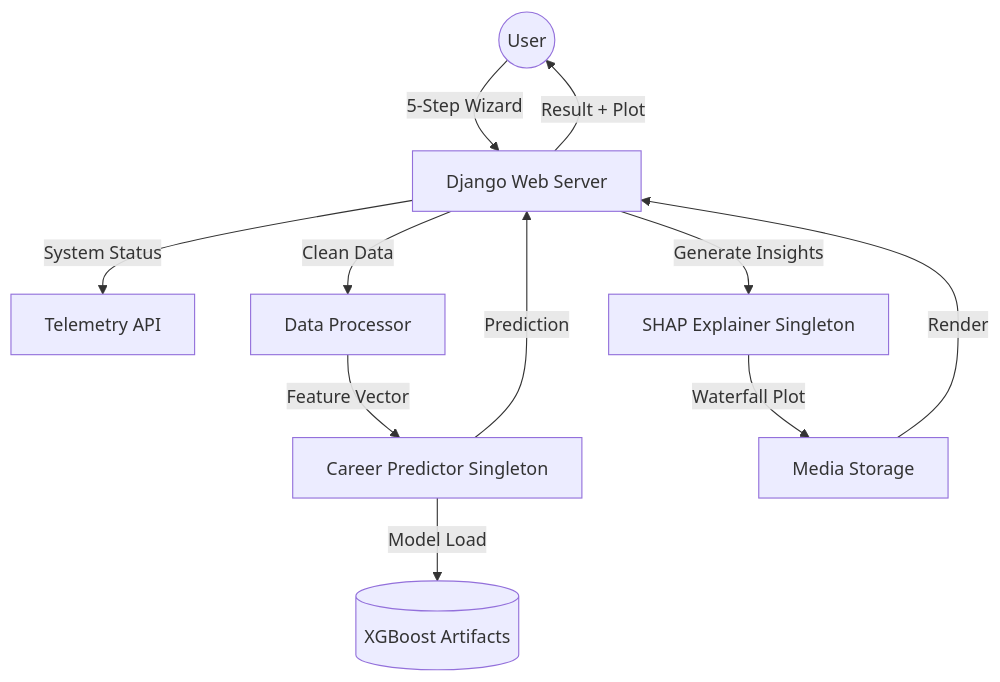
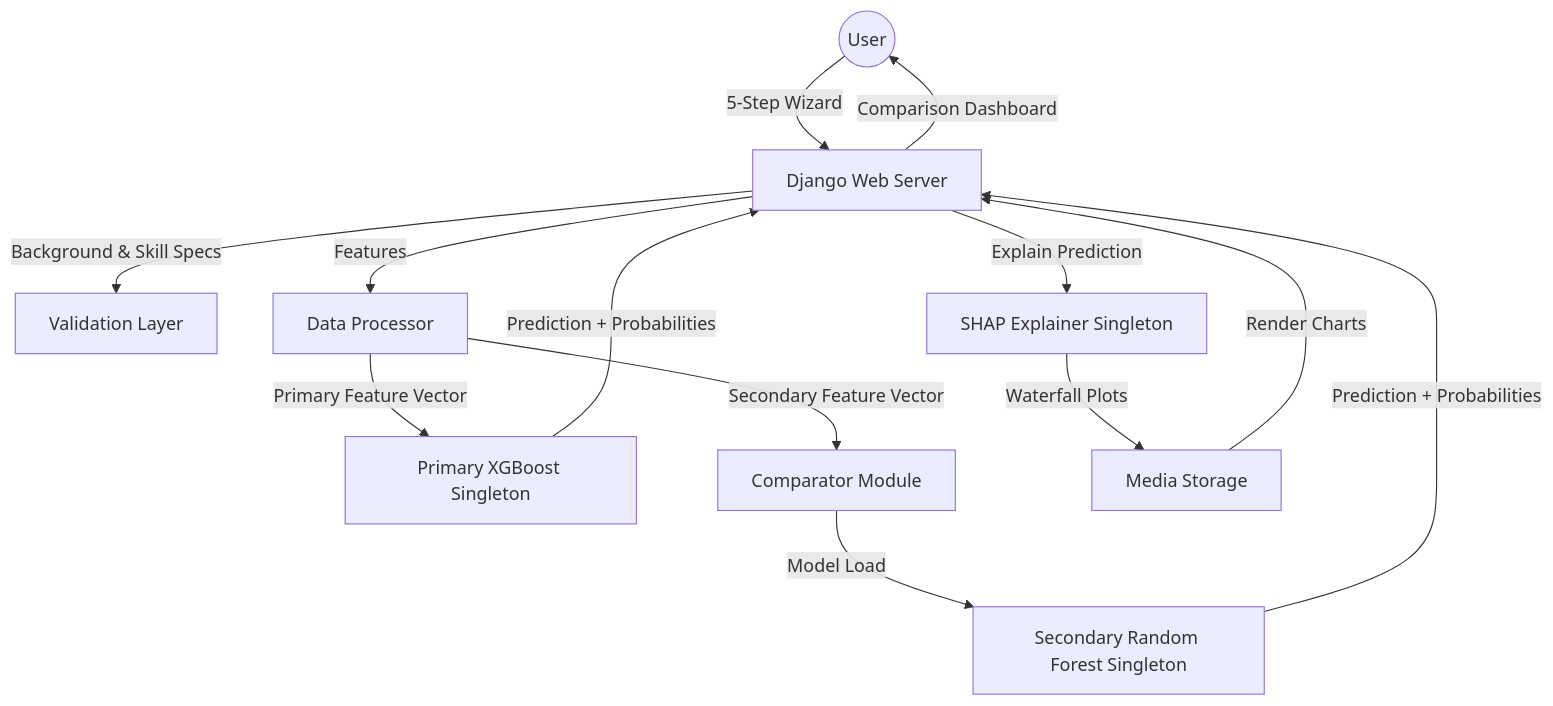
Before and after one commit to beingmushfiq/SHAP-Driven-Career-Predictor: the diagram in README.md, drawn with Mermaid. The commit also changed other lines of this file, not shown here.

Commit message:
docs: update README with dual-model architecture, Optuna integration, and enhanced system features

````diff
--- a/README.md
+++ b/README.md
@@ -44,13 +52,15 @@
 ```mermaid
 graph TD
     User((User)) -->|5-Step Wizard| Django[Django Web Server]
-    Django -->|System Status| Telemetry[Telemetry API]
-    Django -->|Clean Data| Processor[Data Processor]
-    Processor -->|Feature Vector| Predictor[Career Predictor Singleton]
-    Predictor -->|Model Load| Models[(XGBoost Artifacts)]
-    Predictor -->|Prediction| Django
-    Django -->|Generate Insights| Explainer[SHAP Explainer Singleton]
-    Explainer -->|Waterfall Plot| Plots[Media Storage]
-    Plots -->|Render| Django
-    Django -->|Result + Plot| User
+    Django -->|Background & Skill Specs| Val[Validation Layer]
+    Django -->|Features| Processor[Data Processor]
+    Processor -->|Primary Feature Vector| Predictor[Primary XGBoost Singleton]
+    Processor -->|Secondary Feature Vector| Comparator[Comparator Module]
+    Comparator -->|Model Load| RF[Secondary Random Forest Singleton]
+    Predictor -->|Prediction + Probabilities| Django
+    RF -->|Prediction + Probabilities| Django
+    Django -->|Explain Prediction| Explainer[SHAP Explainer Singleton]
+    Explainer -->| Waterfall Plots| Plots[Media Storage]
+    Plots -->|Render Charts| Django
+    Django -->|Comparison Dashboard| User
 ```
````
